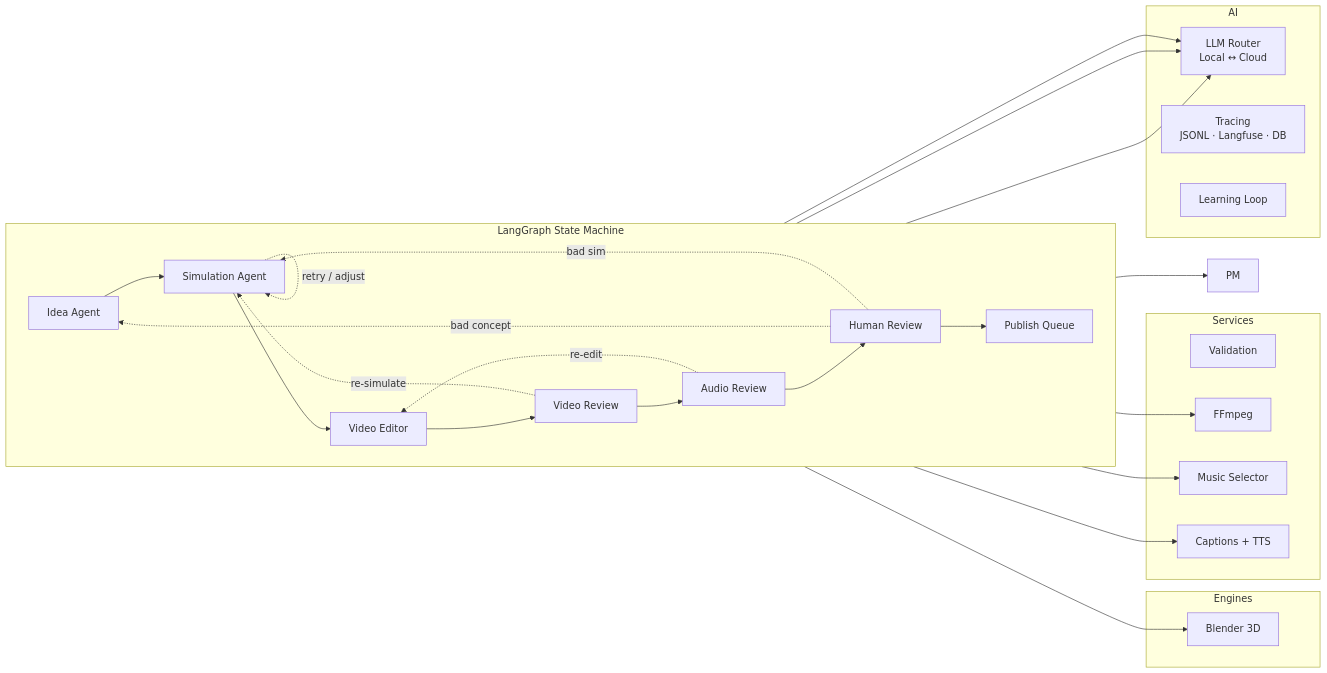
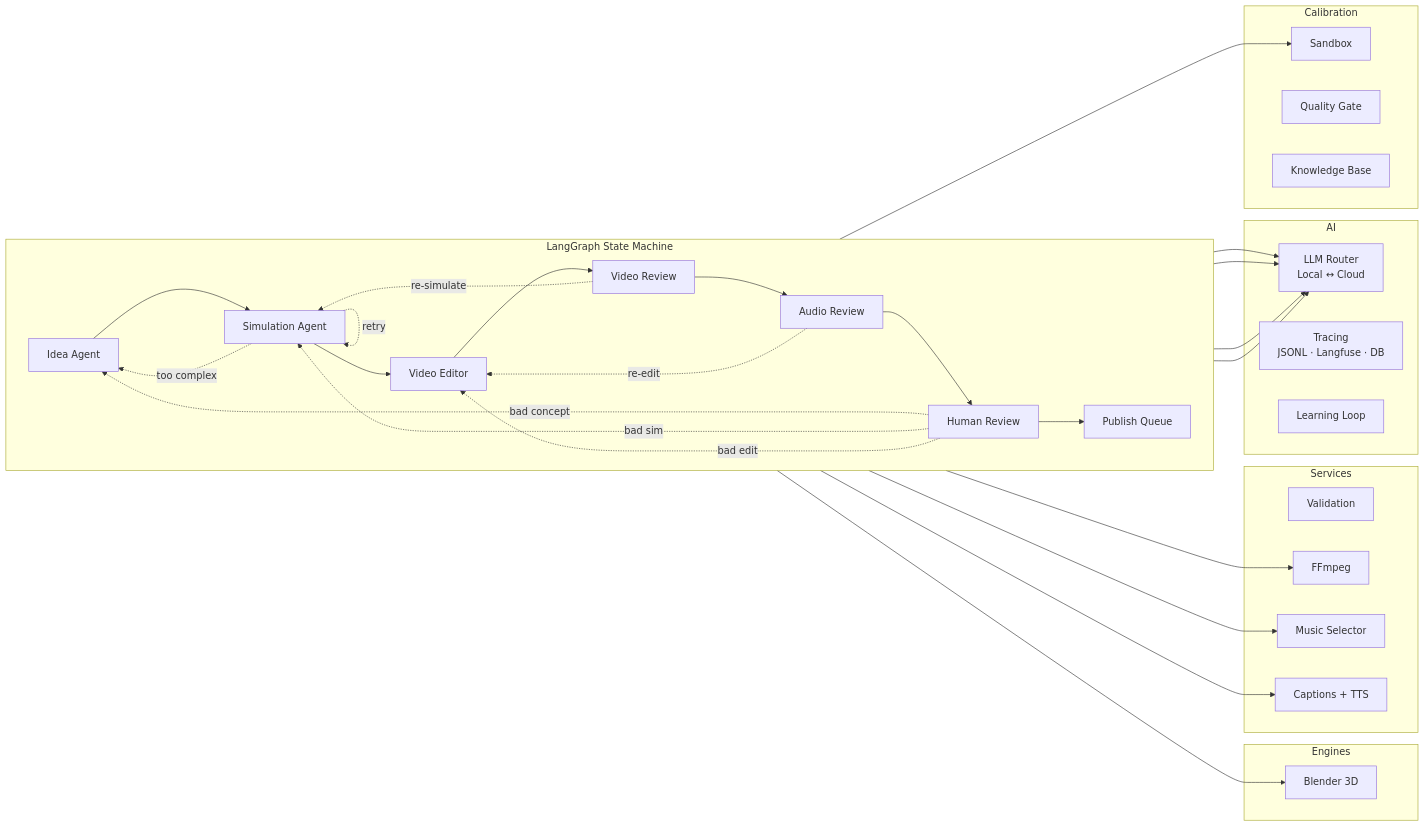
Before and after one commit to thedebasser/kairos-agent: the diagram in README.md, drawn with Mermaid. The commit also changed other lines of this file, not shown here.

Commit message:
Readme updates to changed architecture

````diff
--- a/README.md
+++ b/README.md
@@ -24,44 +24,53 @@
 ```mermaid
 graph LR
     subgraph Orchestrator["LangGraph State Machine"]
         direction LR
         IA[Idea Agent] --> SA[Simulation Agent]
         SA --> VE[Video Editor]
         VE --> VR[Video Review]
         VR --> AR[Audio Review]
         AR --> HR[Human Review]
         HR --> PQ[Publish Queue]
     end
 
-    SA -. "retry / adjust" .-> SA
+    SA -. "retry" .-> SA
+    SA -. "too complex" .-> IA
     VR -. "re-simulate" .-> SA
     AR -. "re-edit" .-> VE
     HR -. "bad concept" .-> IA
     HR -. "bad sim" .-> SA
+    HR -. "bad edit" .-> VE
 
     subgraph Engines
         BL[Blender 3D]
     end
 
     subgraph Services
         VAL[Validation]
         FF[FFmpeg]
         MUS[Music Selector]
         CAP[Captions + TTS]
     end
 
     subgraph AI
         LLM[LLM Router<br/>Local ↔ Cloud]
         TR[Tracing<br/>JSONL · Langfuse · DB]
         LL[Learning Loop]
     end
 
-    SA --> PM
+    subgraph Calibration
+        SB[Sandbox]
+        QG[Quality Gate]
+        KB[Knowledge Base]
+    end
+
     SA --> BL
+    SA --> SB
     VE --> FF
     VE --> MUS
     VE --> CAP
     IA --> LLM
     SA --> LLM
     VR --> LLM
+    AR --> LLM
 ```
````
